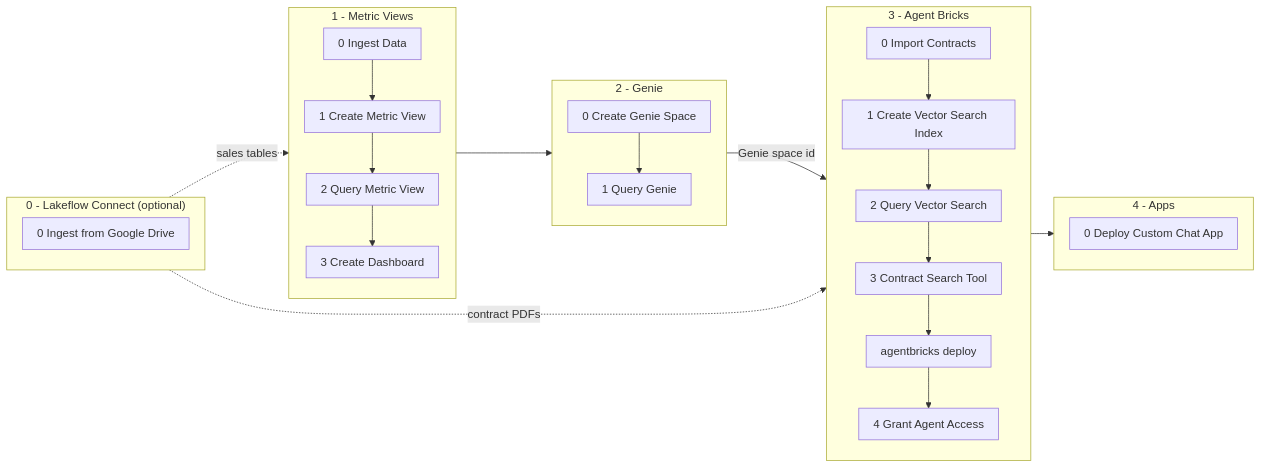
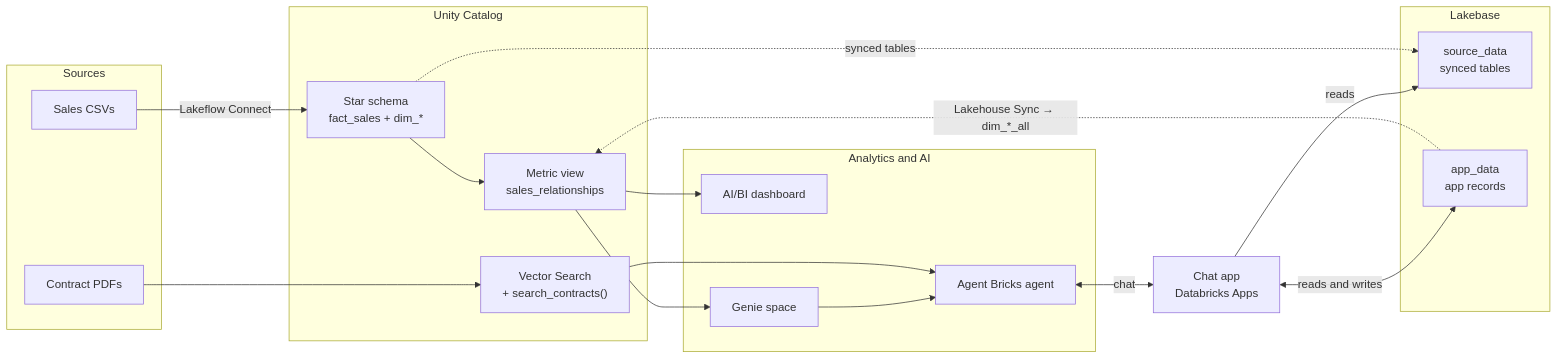
Before and after one commit to pedrozanlorensi/marketing-campaign-analytics-workshop: the diagram in README.md, drawn with Mermaid. The commit also changed other lines of this file and 73 other files, not shown here.

````diff
--- a/README.md
+++ b/README.md
@@ -30,34 +39,32 @@
 ```mermaid
-%%{init: {'flowchart': {'padding': 10, 'nodeSpacing': 24, 'rankSpacing': 32}}}%%
 flowchart LR
-    subgraph S0["0 - Lakeflow Connect (optional)"]
-        direction TB
-        LC0["0 Ingest from Google Drive"]
+    subgraph SRC["Sources"]
+        CSV["Sales CSVs"]
+        PDF["Contract PDFs"]
     end
-
-    subgraph S1["1 - Metric Views"]
-        direction TB
-        MV0["0 Ingest Data"] --> MV1["1 Create Metric View"] --> MV2["2 Query Metric View"] --> MV3["3 Create Dashboard"]
+    subgraph UC["Unity Catalog"]
+        TBL["Star schema<br/>fact_sales + dim_*"]
+        MV["Metric view<br/>sales_relationships"]
+        VS["Vector Search<br/>+ search_contracts()"]
     end
-
-    subgraph S2["2 - Genie"]
-        direction TB
-        G0["0 Create Genie Space"] --> G1["1 Query Genie"]
+    subgraph AI["Analytics and AI"]
+        DASH["AI/BI dashboard"]
+        GENIE["Genie space"]
+        AGENT["Agent Bricks agent"]
     end
-
-    subgraph S3["3 - Agent Bricks"]
-        direction TB
-        AB0["0 Import Contracts"] --> AB1["1 Create Vector Search Index"] --> AB2["2 Query Vector Search"] --> AB3["3 Contract Search Tool"] --> ABD["agentbricks deploy"] --> AB4["4 Grant Agent Access"]
+    APP["Chat app<br/>Databricks Apps"]
+    subgraph LB["Lakebase"]
+        SD["source_data<br/>synced tables"]
+        AD["app_data<br/>app records"]
     end
-
-    subgraph S4["4 - Apps"]
-        direction TB
-        AP0["0 Deploy Custom Chat App"]
-    end
-
-    LC0 -.->|sales tables| MV0
-    LC0 -.->|contract PDFs| AB1
-    MV3 --> G0
-    G1 -->|Genie space id| AB3
-    AB4 --> AP0
+    CSV -->|Lakeflow Connect| TBL --> MV
+    PDF --> VS
+    MV --> DASH
+    MV --> GENIE --> AGENT
+    VS --> AGENT
+    AGENT <-->|chat| APP
+    APP -->|reads| SD
+    APP <-->|reads and writes| AD
+    TBL -.->|synced tables| SD
+    AD -.->|"Lakehouse Sync → dim_*_all"| MV
 ```
````
